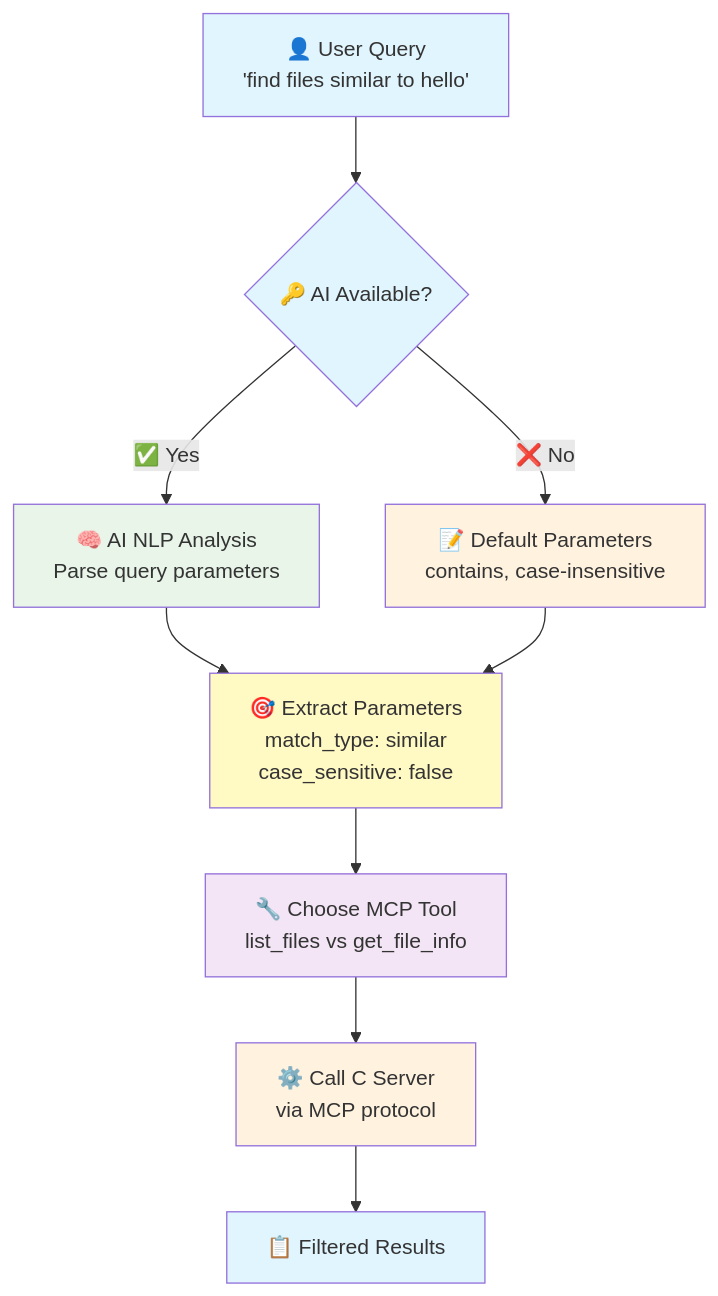
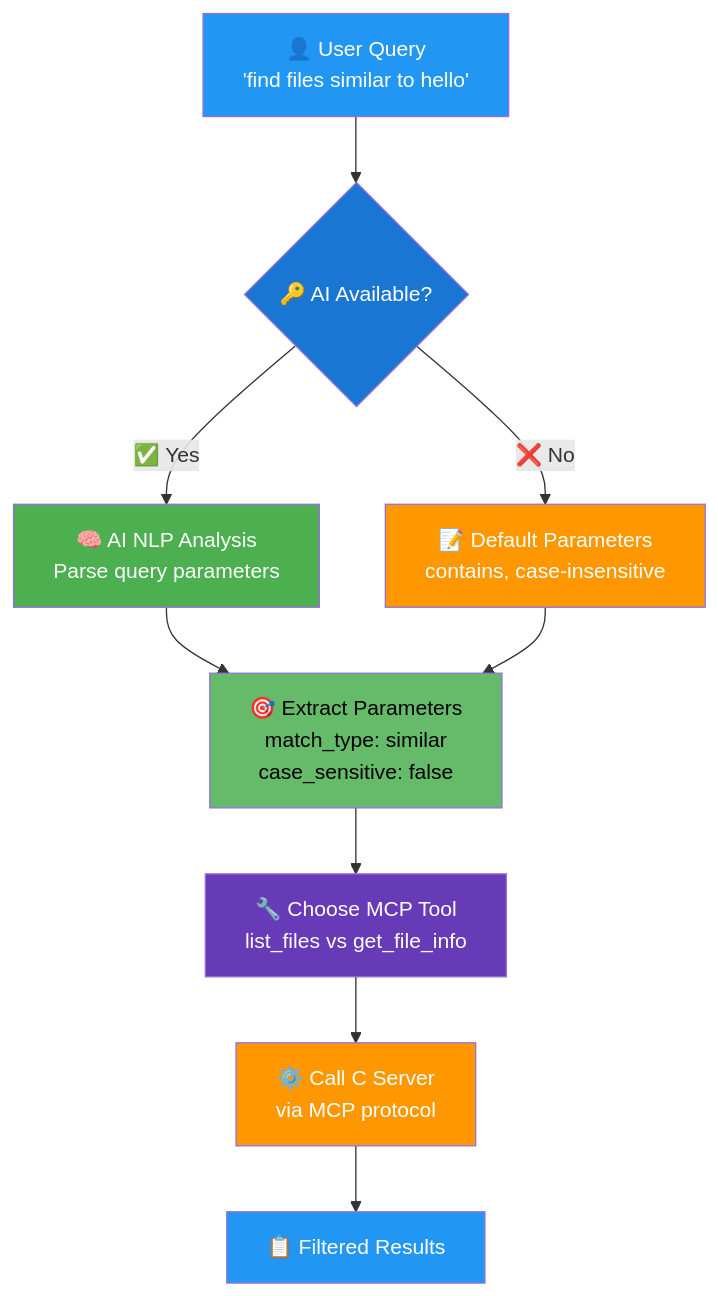
The first of 2 diagrams in README.md (engmohamedsalah/FileSavantAI), drawn with Mermaid before and after one commit. The commit also changed other lines of this file, not shown here.

Commit message:
Improve diagram color scheme for better readability - Added distinct colors for different operations (blue for I/O, green for AI, orange for basic, purple for MCP) - Added white text for dark backgrounds - Added thicker borders for subgraphs - Added color scheme documentation in comments

````diff
--- a/README.md
+++ b/README.md
@@ -364,25 +364,31 @@
 ```mermaid
 graph TD
     A["👤 User Query<br/>'find files similar to hello'"] --> B{"🔑 AI Available?"}
     
     B -->|"✅ Yes"| C["🧠 AI NLP Analysis<br/>Parse query parameters"]
     B -->|"❌ No"| D["📝 Default Parameters<br/>contains, case-insensitive"]
     
     C --> E["🎯 Extract Parameters<br/>match_type: similar<br/>case_sensitive: false"]
     D --> E
     
     E --> F["🔧 Choose MCP Tool<br/>list_files vs get_file_info"]
     
     F --> G["⚙️ Call C Server<br/>via MCP protocol"]
     
     G --> H["📋 Filtered Results"]
     
-    style A fill:#e1f5fe
-    style B fill:#e1f5fe
-    style C fill:#e8f5e8
-    style D fill:#fff3e0
-    style E fill:#fff9c4
-    style F fill:#f3e5f5
-    style G fill:#fff3e0
-    style H fill:#e1f5fe
+    %% Color scheme:
+    %% Blue shades for input/output
+    %% Green shades for AI processing
+    %% Orange shades for basic processing
+    %% Purple for MCP operations
+    
+    style A fill:#2196f3,color:#fff
+    style B fill:#1976d2,color:#fff
+    style C fill:#4caf50,color:#fff
+    style D fill:#ff9800,color:#fff
+    style E fill:#66bb6a,color:#000
+    style F fill:#673ab7,color:#fff
+    style G fill:#ff9800,color:#fff
+    style H fill:#2196f3,color:#fff
 ```
````
